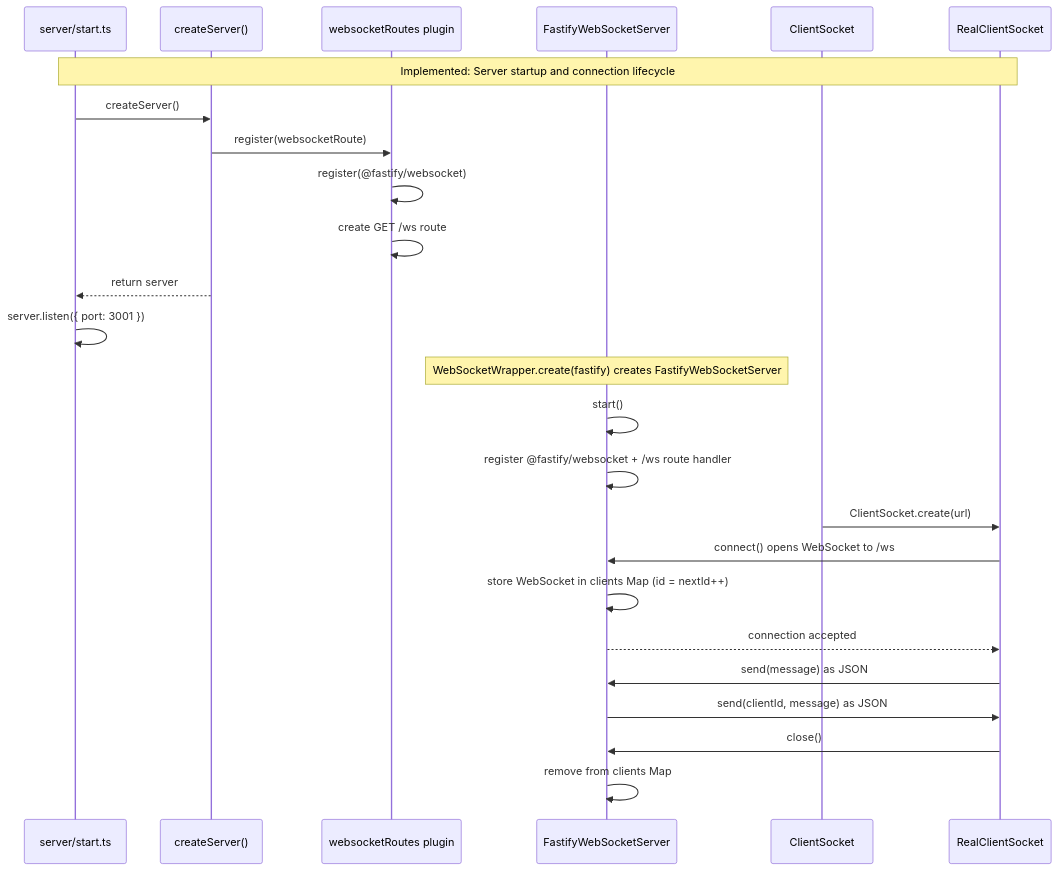
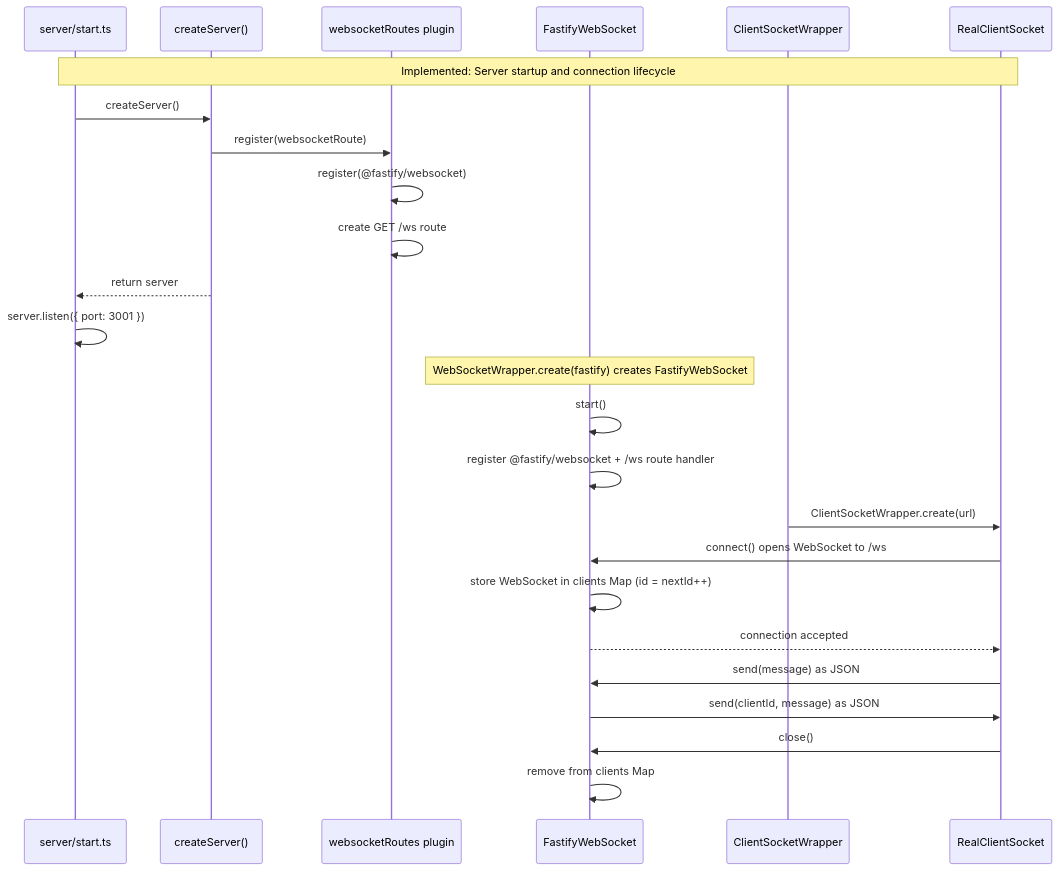
Before and after one commit to ekohacks/ekolite: the diagram in docs/websocket-architecture/sequence-connection-lifecycle.md, drawn with Mermaid. The commit also changed 5 other files, not shown here.

First line of the commit message:
docs: update architecture diagrams to match renamed wrappers

````diff
--- a/docs/websocket-architecture/sequence-connection-lifecycle.md
+++ b/docs/websocket-architecture/sequence-connection-lifecycle.md
@@ -1,35 +1,35 @@
 ```mermaid
 sequenceDiagram
     participant ST as server/start.ts
     participant CS as createServer()
     participant WP as websocketRoutes plugin
-    participant FWS as FastifyWebSocketServer
-    participant CL as ClientSocket
+    participant FWS as FastifyWebSocket
+    participant CL as ClientSocketWrapper
     participant RCS as RealClientSocket
 
     Note over ST,RCS: Implemented: Server startup and connection lifecycle
 
     ST->>CS: createServer()
     CS->>WP: register(websocketRoute)
     WP->>WP: register(@fastify/websocket)
     WP->>WP: create GET /ws route
 
     CS-->>ST: return server
     ST->>ST: server.listen({ port: 3001 })
 
-    Note over FWS: WebSocketWrapper.create(fastify) creates FastifyWebSocketServer
+    Note over FWS: WebSocketWrapper.create(fastify) creates FastifyWebSocket
 
     FWS->>FWS: start()
     FWS->>FWS: register @fastify/websocket + /ws route handler
 
-    CL->>RCS: ClientSocket.create(url)
+    CL->>RCS: ClientSocketWrapper.create(url)
     RCS->>FWS: connect() opens WebSocket to /ws
     FWS->>FWS: store WebSocket in clients Map (id = nextId++)
     FWS-->>RCS: connection accepted
 
     RCS->>FWS: send(message) as JSON
     FWS->>RCS: send(clientId, message) as JSON
 
     RCS->>FWS: close()
     FWS->>FWS: remove from clients Map
 ```
````
